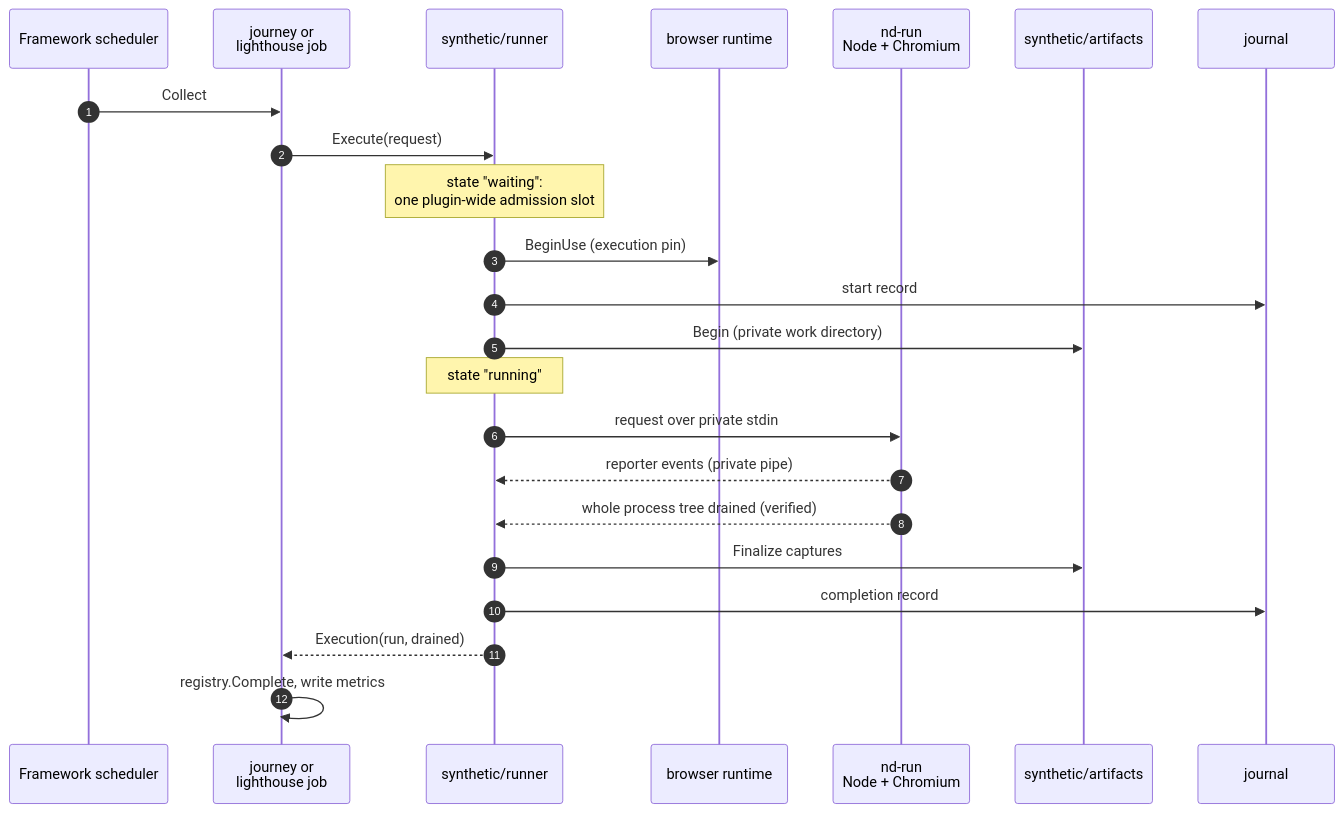
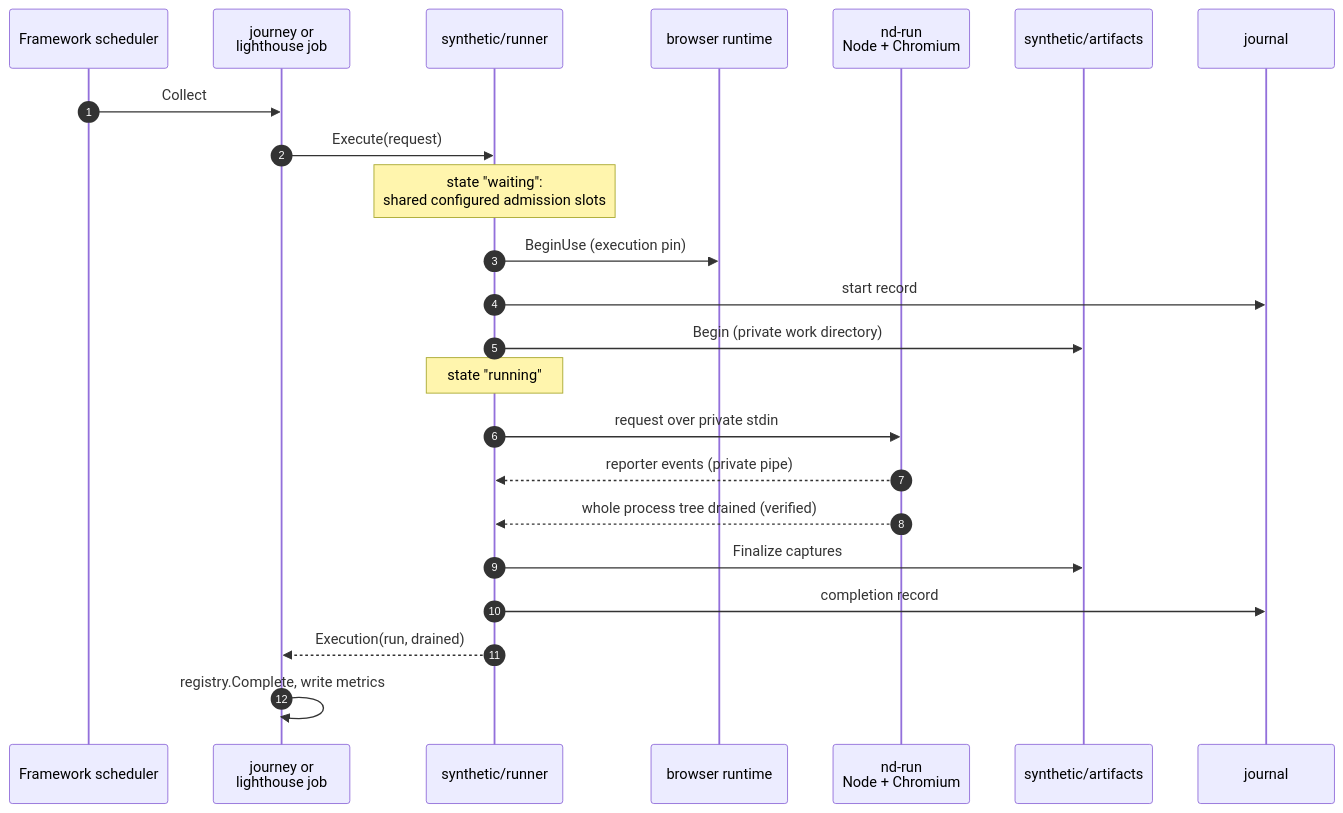
The third of 7 diagrams in src/go/plugin/dem/ARCHITECTURE.md (netdata/netdata), drawn with Mermaid before and after one commit. The commit also changed other lines of this file and 20 other files, not shown here.

````diff
--- a/src/go/plugin/dem/ARCHITECTURE.md
+++ b/src/go/plugin/dem/ARCHITECTURE.md
@@ -298,26 +298,26 @@
 ```mermaid
 sequenceDiagram
     autonumber
     participant FW as Framework scheduler
     participant Job as journey or<br/>lighthouse job
     participant Eng as synthetic/runner
     participant RT as browser runtime
     participant Proc as nd-run<br/>Node + Chromium
     participant Art as synthetic/artifacts
     participant J as journal
 
     FW->>Job: Collect
     Job->>Eng: Execute(request)
-    Note over Eng: state "waiting":<br/>one plugin-wide admission slot
+    Note over Eng: state "waiting":<br/>shared configured admission slots
     Eng->>RT: BeginUse (execution pin)
     Eng->>J: start record
     Eng->>Art: Begin (private work directory)
     Note over Eng: state "running"
     Eng->>Proc: request over private stdin
     Proc-->>Eng: reporter events (private pipe)
     Proc-->>Eng: whole process tree drained (verified)
     Eng->>Art: Finalize captures
     Eng->>J: completion record
     Eng-->>Job: Execution(run, drained)
     Job->>Job: registry.Complete, write metrics
 ```
````
